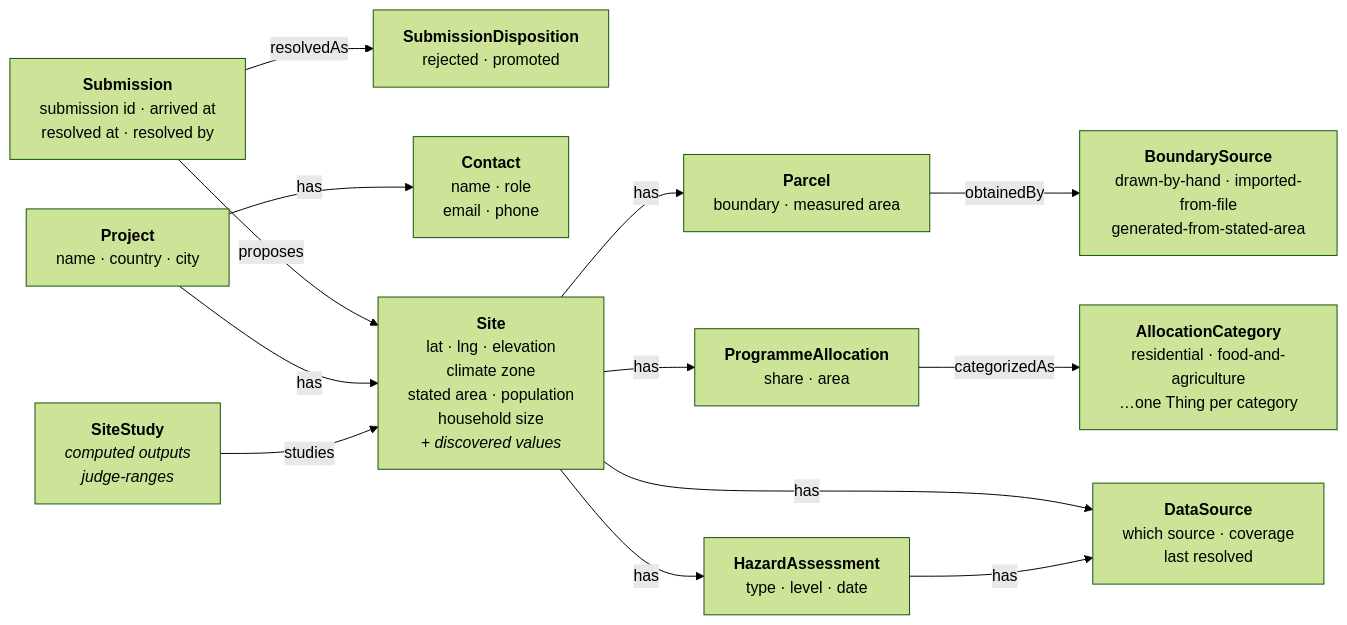
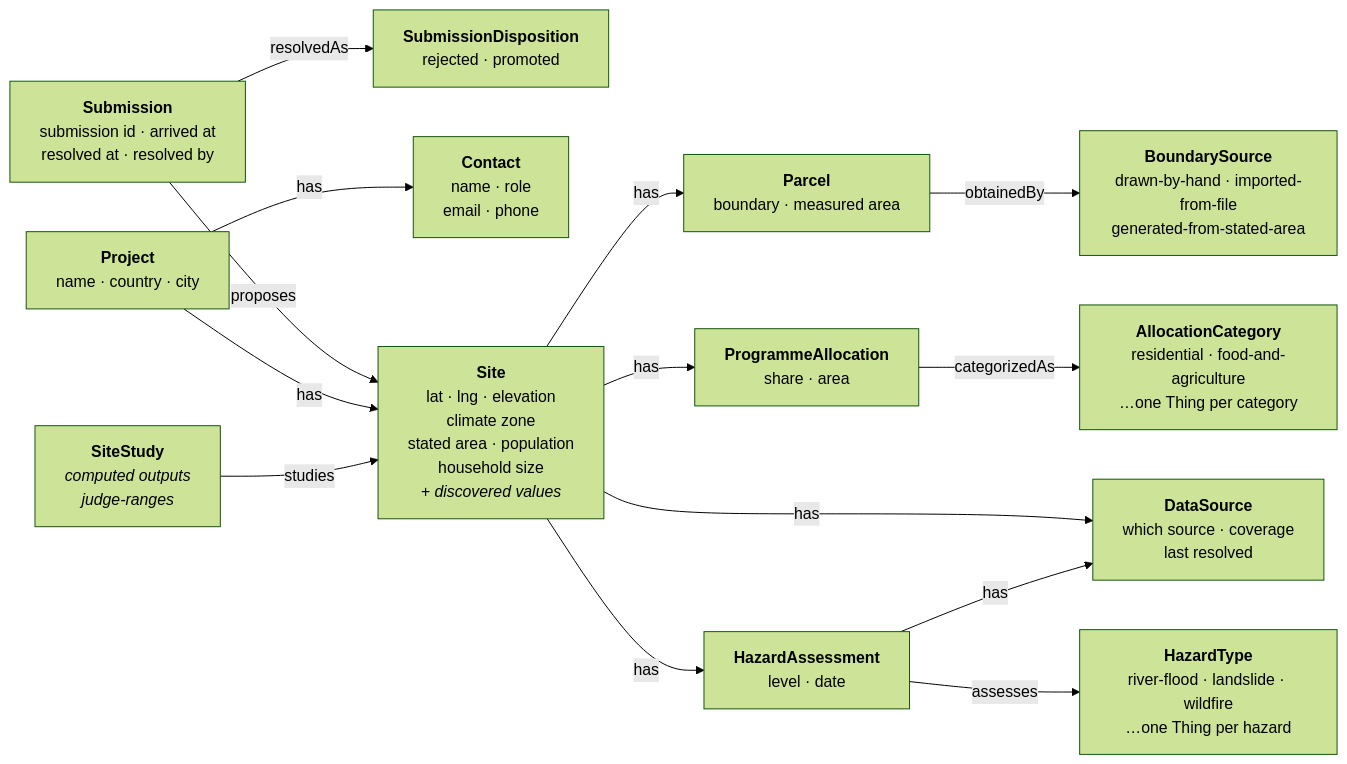
The seventh of 10 diagrams in docs/LAND_INTAKE.md (ReGen-Villages/VillageOS-API), drawn with Mermaid (forest theme) before and after one commit. The commit also changed other lines of this file and 8 other files, not shown here.

````diff
--- a/docs/LAND_INTAKE.md
+++ b/docs/LAND_INTAKE.md
@@ -535,29 +535,31 @@
 ```mermaid
 flowchart LR
   SU["<b>Submission</b><br/>submission id · arrived at<br/>resolved at · resolved by"]
   SD["<b>SubmissionDisposition</b><br/>rejected · promoted"]
   PR["<b>Project</b><br/>name · country · city"]
   CO["<b>Contact</b><br/>name · role<br/>email · phone"]
   SI["<b>Site</b><br/>lat · lng · elevation<br/>climate zone<br/>stated area · population<br/>household size<br/><i>+ discovered values</i>"]
   ST["<b>SiteStudy</b><br/><i>computed outputs</i><br/><i>judge-ranges</i>"]
   PA["<b>Parcel</b><br/>boundary · measured area"]
   AL["<b>ProgrammeAllocation</b><br/>share · area"]
-  HA["<b>HazardAssessment</b><br/>type · level · date"]
+  HA["<b>HazardAssessment</b><br/>level · date"]
   DS["<b>DataSource</b><br/>which source · coverage<br/>last resolved"]
 
   BS["<b>BoundarySource</b><br/>drawn-by-hand · imported-from-file<br/>generated-from-stated-area"]
   AC["<b>AllocationCategory</b><br/>residential · food-and-agriculture<br/>…one Thing per category"]
+  HT["<b>HazardType</b><br/>river-flood · landslide · wildfire<br/>…one Thing per hazard"]
 
   SU -->|proposes| SI
   SU -->|resolvedAs| SD
   PR -->|has| CO
   PR -->|has| SI
   SI -->|has| PA
   SI -->|has| AL
   SI -->|has| HA
   SI -->|has| DS
   HA -->|has| DS
   ST -->|studies| SI
   PA -->|obtainedBy| BS
   AL -->|categorizedAs| AC
+  HA -->|assesses| HT
 ```
````
